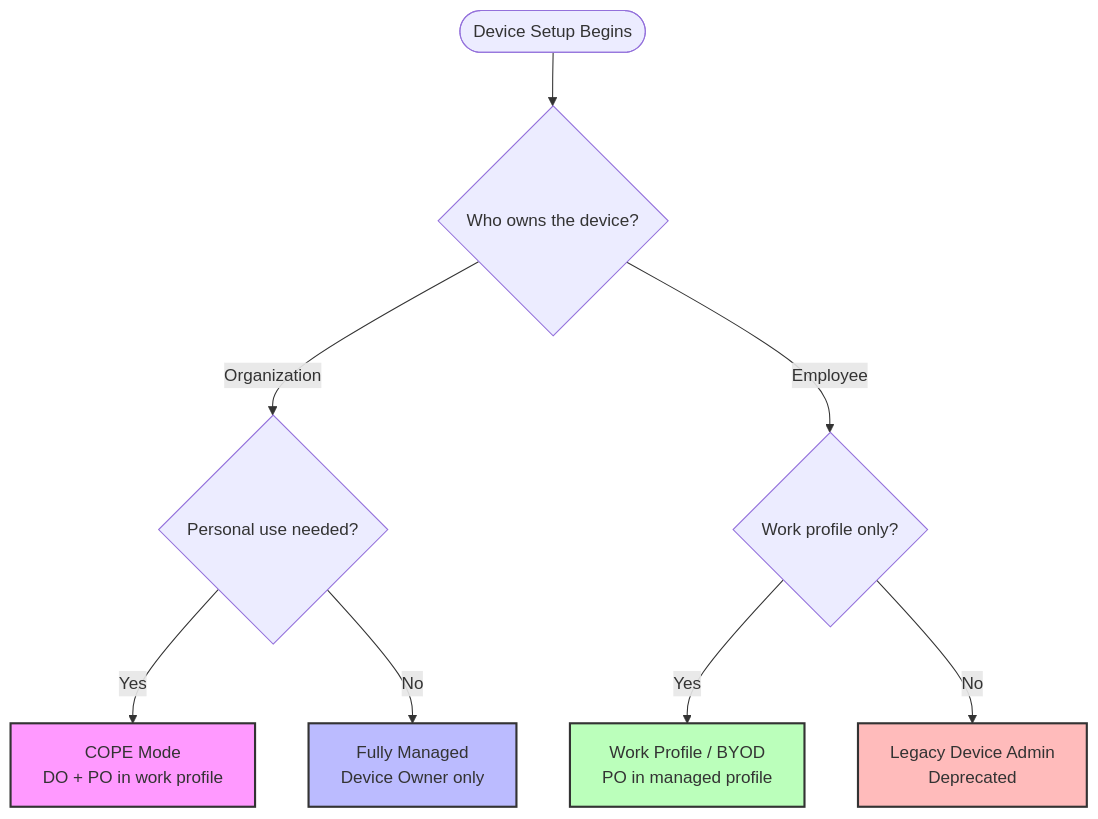
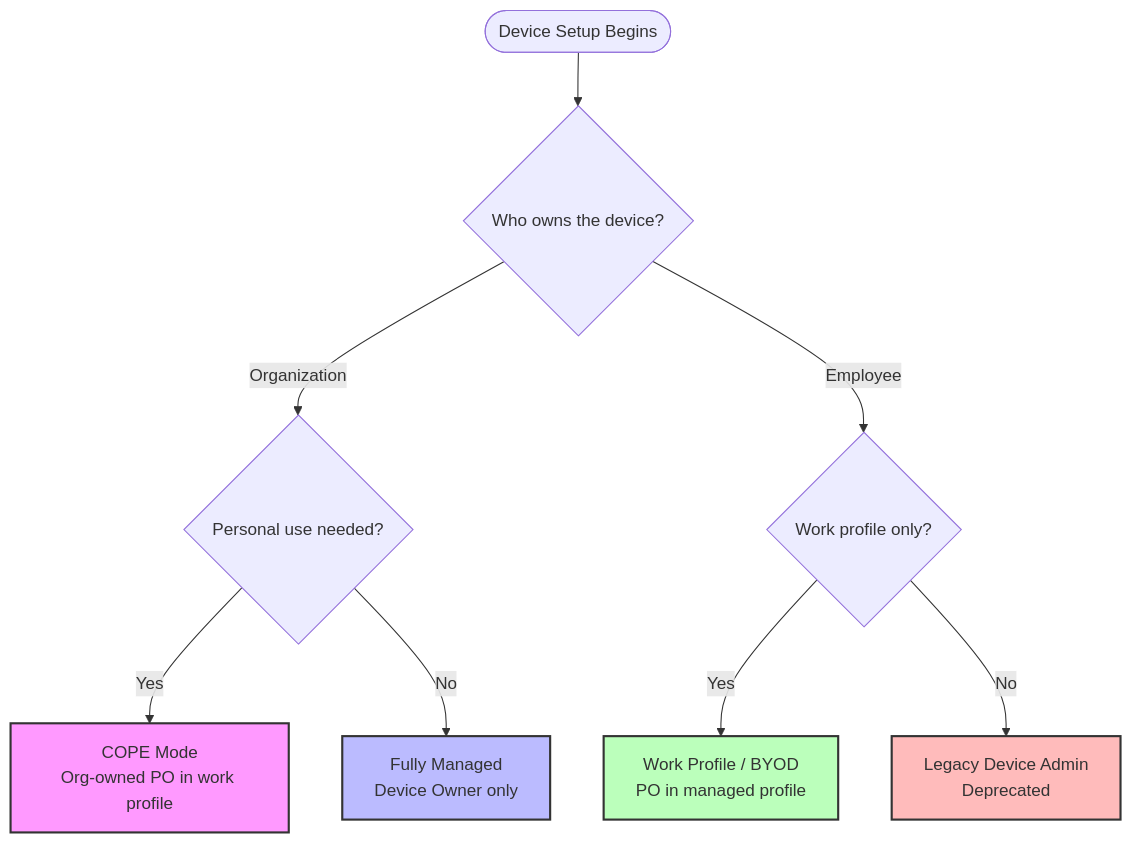
The second of 30 diagrams in agents/claude/skills/aosp-device-support/61-device-policy.md (aospbooks/aosp-internal-book), drawn with Mermaid before and after one commit. The commit also changed other lines of this file and 218 other files, not shown here.

````diff
--- a/agents/claude/skills/aosp-device-support/61-device-policy.md
+++ b/agents/claude/skills/aosp-device-support/61-device-policy.md
@@ -184,22 +185,22 @@
 ```mermaid
 flowchart TD
     START([Device Setup Begins])
     Q1{Who owns the device?}
     Q2{Personal use needed?}
     Q3{Work profile only?}
 
     START --> Q1
     Q1 -- "Organization" --> Q2
     Q1 -- "Employee" --> Q3
 
-    Q2 -- "Yes" --> COPE["COPE Mode<br/>DO + PO in work profile"]
+    Q2 -- "Yes" --> COPE["COPE Mode<br/>Org-owned PO in work profile"]
     Q2 -- "No" --> FULLY["Fully Managed<br/>Device Owner only"]
 
     Q3 -- "Yes" --> BYOD["Work Profile / BYOD<br/>PO in managed profile"]
     Q3 -- "No" --> LEGACY["Legacy Device Admin<br/>Deprecated"]
 
     style COPE fill:#f9f,stroke:#333,stroke-width:2px
     style FULLY fill:#bbf,stroke:#333,stroke-width:2px
     style BYOD fill:#bfb,stroke:#333,stroke-width:2px
     style LEGACY fill:#fbb,stroke:#333,stroke-width:2px
 ```
````
